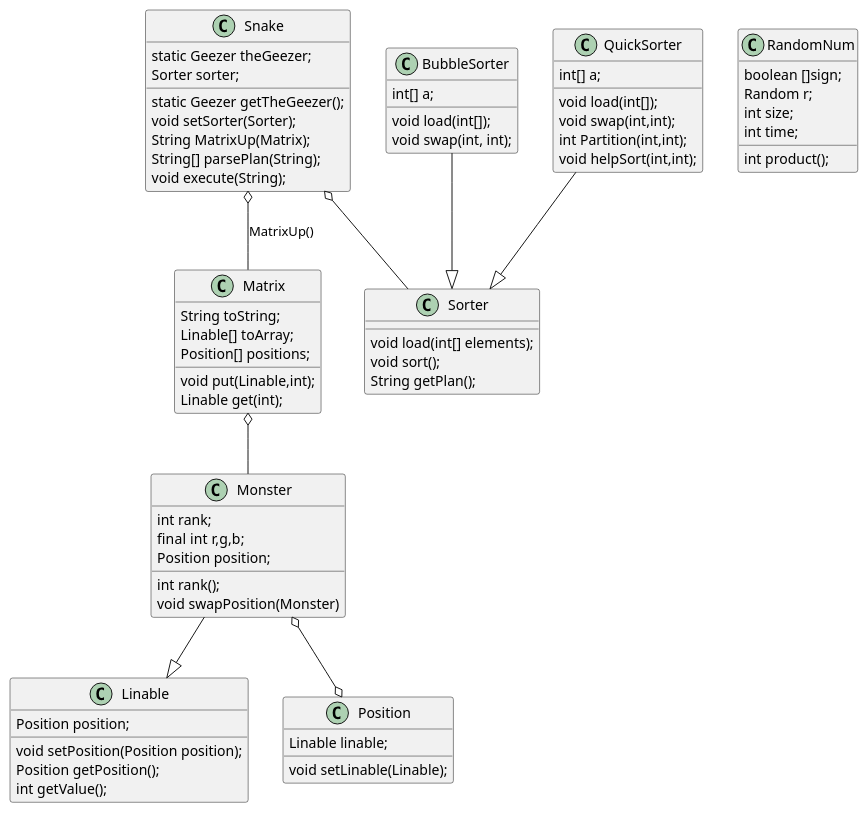
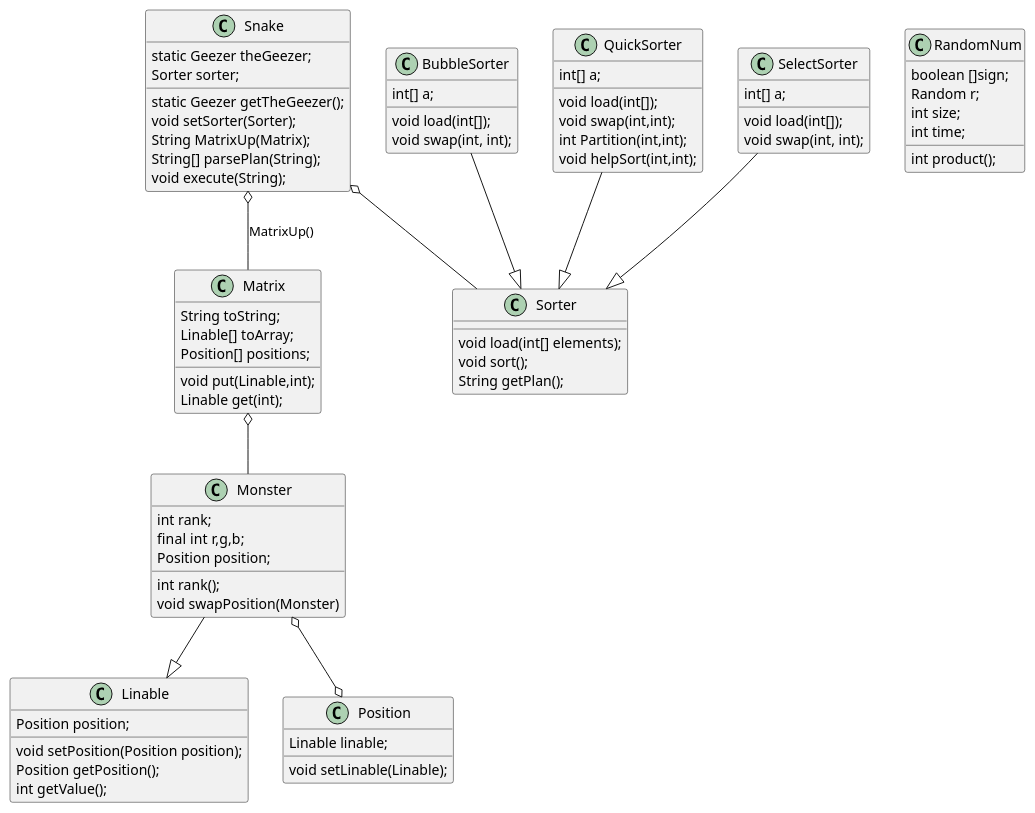
One commit to jwork-2021-attic/jw02-Baykin5 changed the diagram in S191220124/task3/uml/task3Character.pu. Above: the diagram before and after it, drawn with PlantUML. The commit also changed 4 other files, not shown here.

```diff
--- a/S191220124/task3/uml/task3Character.pu
+++ b/S191220124/task3/uml/task3Character.pu
@@ -1,84 +1,90 @@
 @startuml
 
 class Snake{
     static Geezer theGeezer;
     Sorter sorter;
 
 
     static Geezer getTheGeezer();
     void setSorter(Sorter);
     String MatrixUp(Matrix);
     String[] parsePlan(String);
     void execute(String);
 }
 
 class Monster{
     int rank;
     final int r,g,b;
     Position position;
 
     int rank();
     void swapPosition(Monster)
 }
 
 
 class Linable{
     Position position;
 
     void setPosition(Position position);
     Position getPosition();
     int getValue();
 }
 class Matrix{
     String toString;
     Linable[] toArray;
     Position[] positions;
 
     void put(Linable,int);
     Linable get(int);
 }
 
 class Position{
 
     Linable linable;
     void setLinable(Linable);
 }
 
 class Sorter{
     void load(int[] elements);
     void sort();
     String getPlan();
 }
 class BubbleSorter{
     int[] a;
     void load(int[]);
     void swap(int, int);
 }
 
 class QuickSorter{
     int[] a;
     void load(int[]);
     void swap(int,int);
     int Partition(int,int);
     void helpSort(int,int);
 }
+
+class SelectSorter{
+    int[] a;
+    void load(int[]);
+    void swap(int, int);
+}
 class RandomNum{
     boolean []sign;
     Random r;
     int size;
     int time;
 
     int product();
 }
 BubbleSorter --|> Sorter
 QuickSorter --|> Sorter
 Monster --|>Linable
-
+SelectSorter --|>Sorter
 
 Matrix o-- Monster
 Monster o--o Position
 Snake o-- Sorter
 Snake o-- Matrix :MatrixUp()
 
 
 @enduml
```
